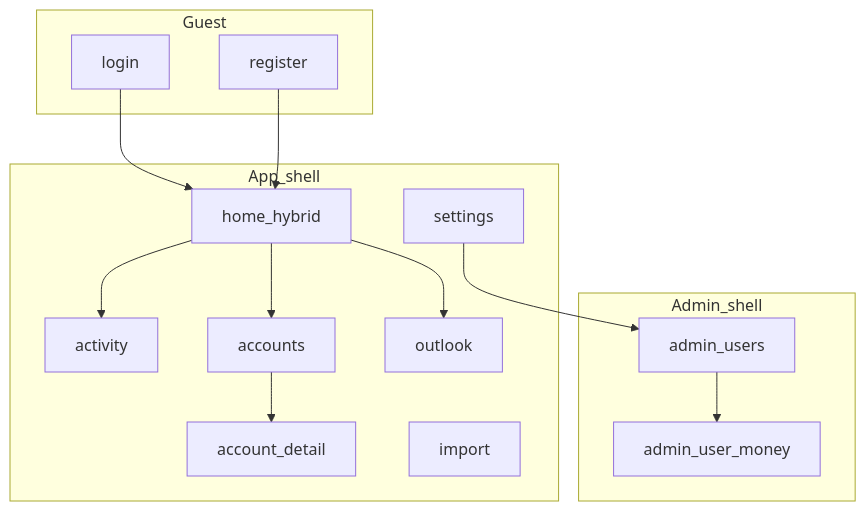
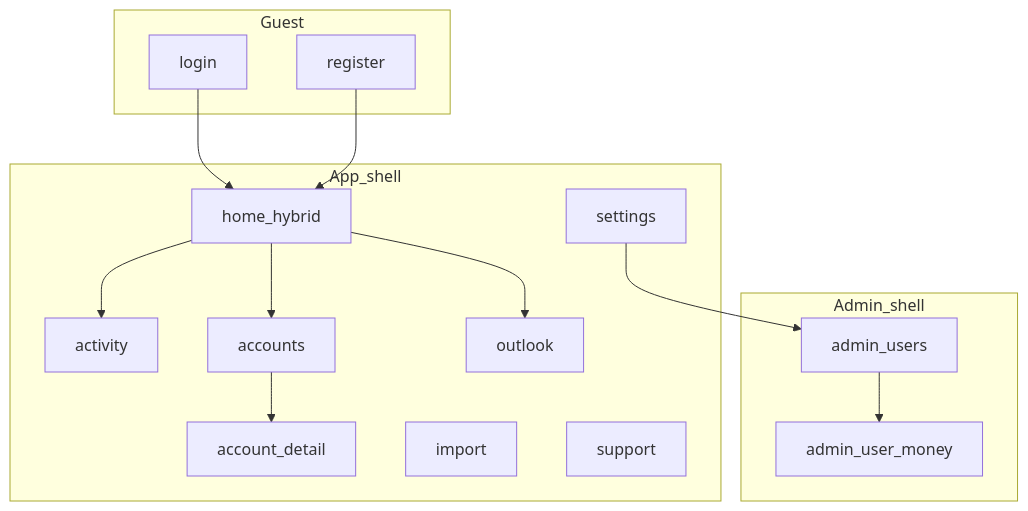
Before and after one commit to omidfarhang/finance-omid-dev: the diagram in docs/plans/ui-ux.md, drawn with Mermaid. The commit also changed other lines of this file and 17 other files, not shown here.

````diff
--- a/docs/plans/ui-ux.md
+++ b/docs/plans/ui-ux.md
@@ -77,28 +78,29 @@
 ```mermaid
 flowchart TB
   subgraph guest [Guest]
     login[login]
     register[register]
   end
   subgraph app [App_shell]
     home[home_hybrid]
     activity[activity]
     accounts[accounts]
     accountDetail[account_detail]
     importPage[import]
     outlook[outlook]
     settings[settings]
+    support[support]
   end
   subgraph adminShell [Admin_shell]
     adminHome[admin_users]
     adminUser[admin_user_money]
   end
   login --> home
   register --> home
   home --> activity
   home --> accounts
   home --> outlook
   accounts --> accountDetail
   settings --> adminHome
   adminHome --> adminUser
 ```
````
